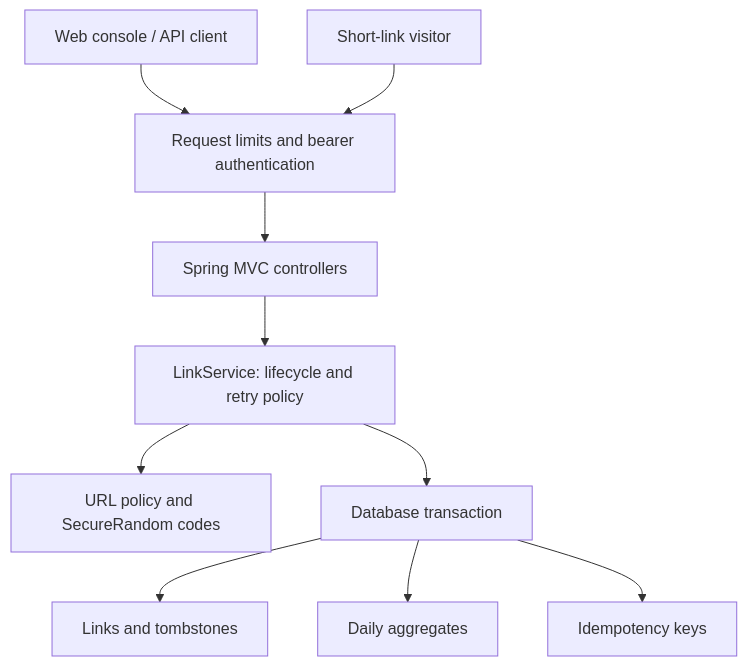
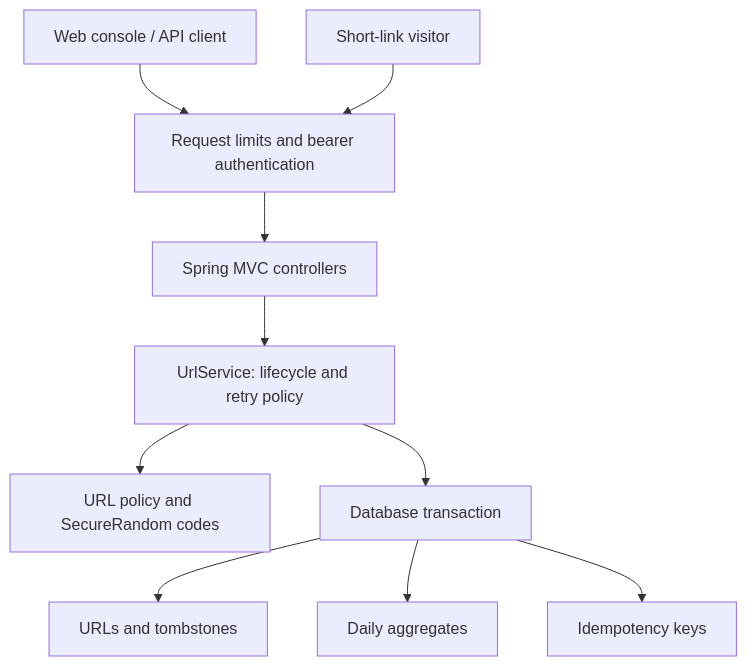
One commit to rakesh-kumar34/url-shortner-assignment changed the diagram in docs/ARCHITECTURE.md. Above: the diagram before and after it, drawn with Mermaid. The commit also changed 41 other files, not shown here.

````diff
--- a/docs/ARCHITECTURE.md
+++ b/docs/ARCHITECTURE.md
@@ -5,12 +5,12 @@
 ```mermaid
 flowchart TD
     Browser["Web console / API client"] --> Guard["Request limits and bearer authentication"]
     Visitor["Short-link visitor"] --> Guard
     Guard --> API["Spring MVC controllers"]
-    API --> Service["LinkService: lifecycle and retry policy"]
+    API --> Service["UrlService: lifecycle and retry policy"]
     Service --> Policy["URL policy and SecureRandom codes"]
     Service --> Tx["Database transaction"]
-    Tx --> Links["Links and tombstones"]
+    Tx --> Urls["URLs and tombstones"]
     Tx --> Daily["Daily aggregates"]
     Tx --> Keys["Idempotency keys"]
 ```
````
